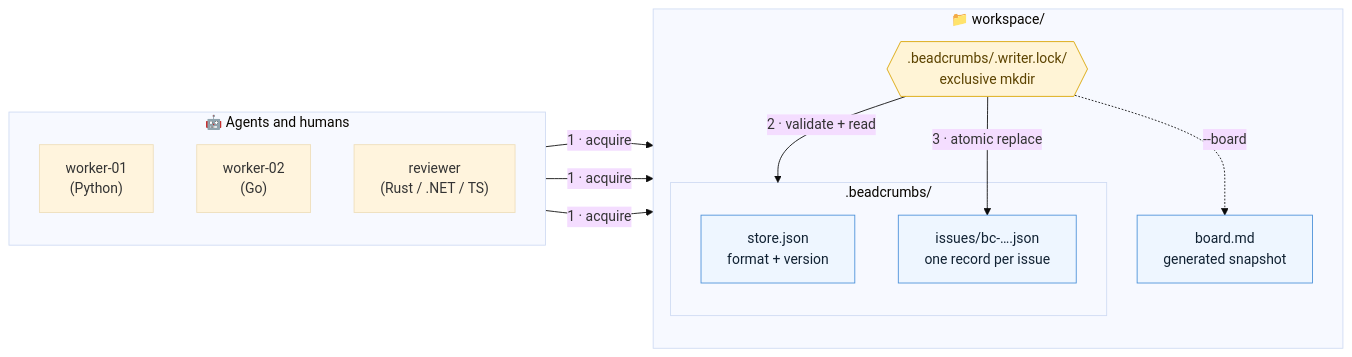
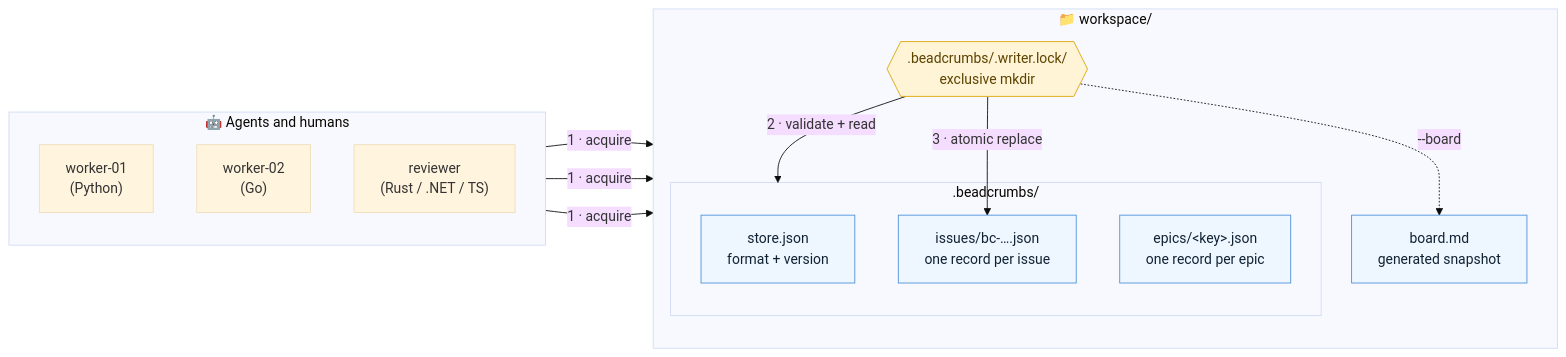
The first of 6 diagrams in README.md (Frankiey/beadcrumbs), drawn with Mermaid (base theme) before and after one commit. The commit also changed other lines of this file and 41 other files, not shown here.

````diff
--- a/README.md
+++ b/README.md
@@ -70,29 +72,30 @@
 ```mermaid
 flowchart LR
     subgraph Agents["🤖 Agents and humans"]
         direction TB
         A1["worker-01<br/>(Python)"]
         A2["worker-02<br/>(Go)"]
         A3["reviewer<br/>(Rust / .NET / TS)"]
     end
 
     subgraph WS["📁 workspace/"]
         direction TB
         L{{".beadcrumbs/.writer.lock/<br/>exclusive mkdir"}}
         subgraph Store[".beadcrumbs/"]
             M["store.json<br/>format + version"]
             I["issues/bc-….json<br/>one record per issue"]
+            E["epics/&lt;key&gt;.json<br/>one record per epic"]
         end
         B["board.md<br/>generated snapshot"]
     end
 
     A1 & A2 & A3 -- "1 · acquire" --> L
     L -- "2 · validate + read" --> Store
     L -- "3 · atomic replace" --> I
     L -. "--board" .-> B
 
     classDef lock fill:#fff4d6,stroke:#d9a400,color:#5c4300
     classDef file fill:#eef6ff,stroke:#4a90d9,color:#123
     class L lock
-    class M,I,B file
+    class M,I,E,B file
 ```
````
